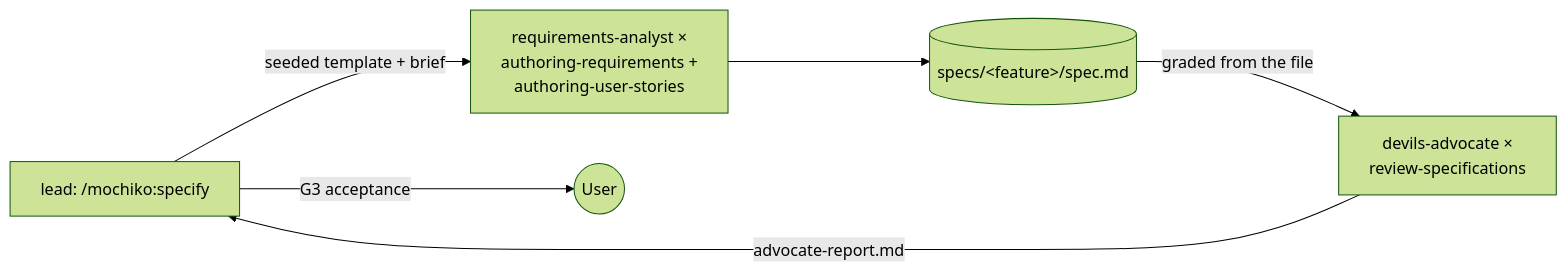
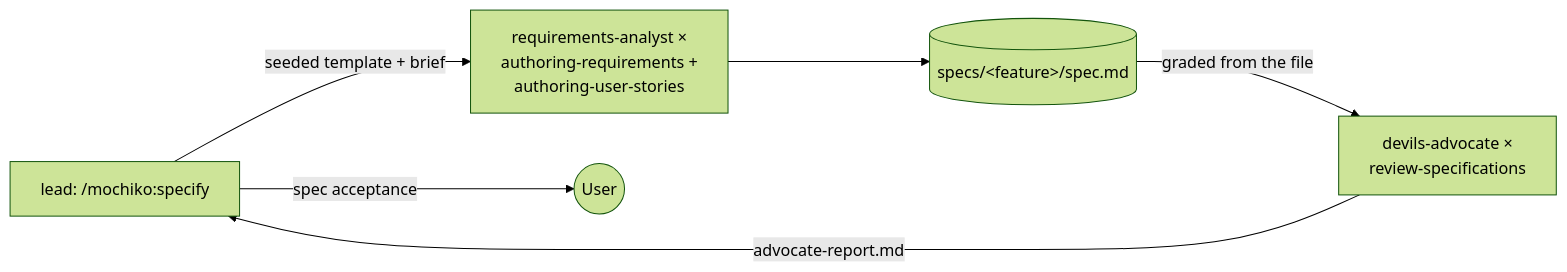
One commit to humaninloop-dev/mochiko changed the fifth of 8 diagrams in ARCHITECTURE.md. Above: the diagram before and after it, drawn with Mermaid (forest theme). The commit also changed other lines of this file and 25 other files, not shown here.

````diff
--- a/ARCHITECTURE.md
+++ b/ARCHITECTURE.md
@@ -167,10 +168,10 @@
 ```mermaid
 flowchart LR
   lead["lead: /mochiko:specify"]
   producer["requirements-analyst ×<br/>authoring-requirements +<br/>authoring-user-stories"]
   critic["devils-advocate ×<br/>review-specifications"]
   lead -->|"seeded template + brief"| producer
   producer --> spec[("specs/&lt;feature&gt;/spec.md")]
   spec -->|"graded from the file"| critic -->|"advocate-report.md"| lead
-  lead -->|"G3 acceptance"| user(("User"))
+  lead -->|"spec acceptance"| user(("User"))
 ```
````
